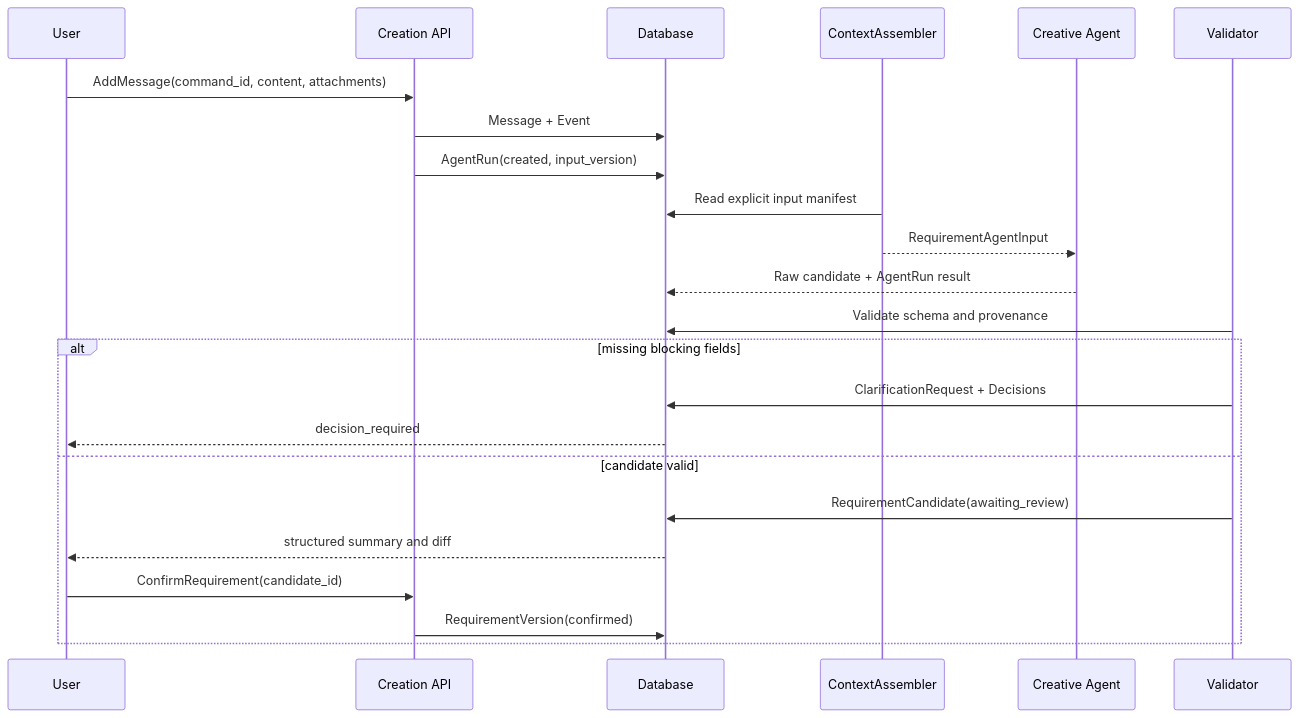
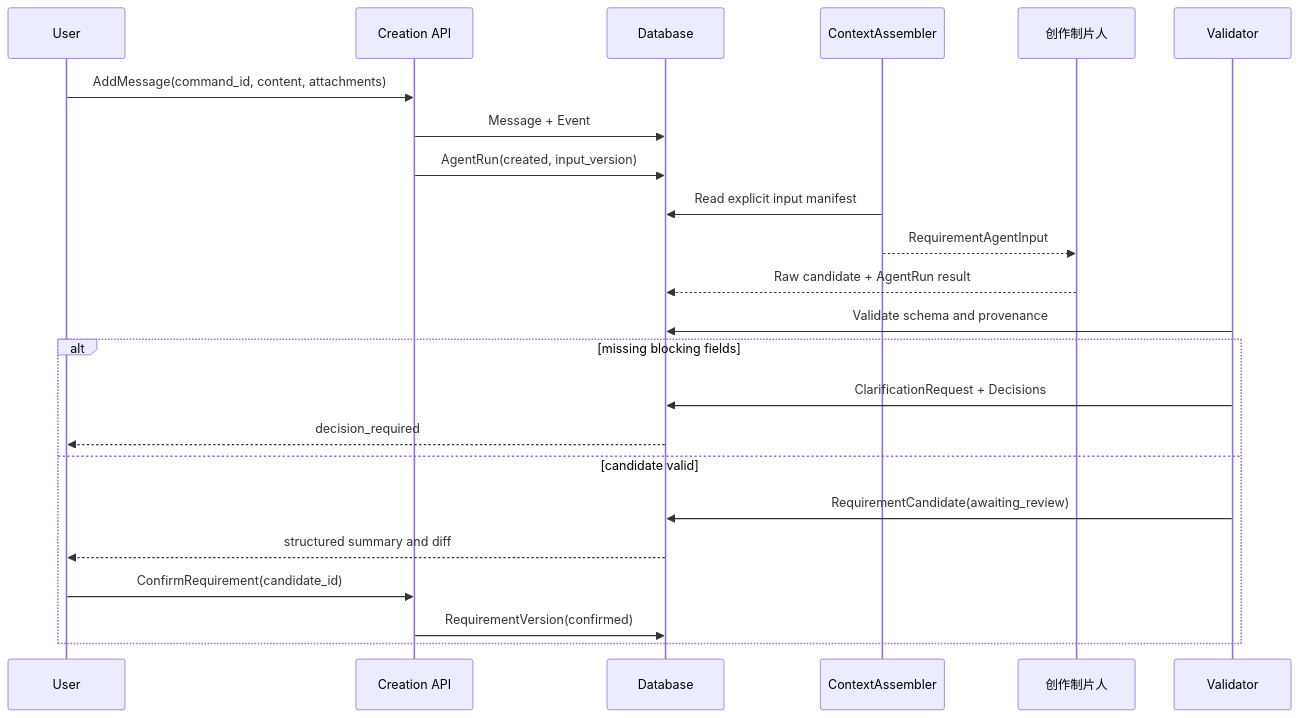
Before and after one commit to 2587122824/agency-agents-zh: the second of 3 diagrams in docs/V2_CREATION_CENTER_DESIGN.md, drawn with Mermaid. The commit also changed other lines of this file and 5 other files, not shown here.

````diff
--- a/docs/V2_CREATION_CENTER_DESIGN.md
+++ b/docs/V2_CREATION_CENTER_DESIGN.md
@@ -90,26 +90,26 @@
 ```mermaid
 sequenceDiagram
     participant U as User
     participant API as Creation API
     participant DB as Database
     participant C as ContextAssembler
-    participant A as Creative Agent
+    participant A as 创作制片人
     participant V as Validator
 
     U->>API: AddMessage(command_id, content, attachments)
     API->>DB: Message + Event
     API->>DB: AgentRun(created, input_version)
     C->>DB: Read explicit input manifest
     C-->>A: RequirementAgentInput
     A-->>DB: Raw candidate + AgentRun result
     V->>DB: Validate schema and provenance
     alt missing blocking fields
         V->>DB: ClarificationRequest + Decisions
         DB-->>U: decision_required
     else candidate valid
         V->>DB: RequirementCandidate(awaiting_review)
         DB-->>U: structured summary and diff
         U->>API: ConfirmRequirement(candidate_id)
         API->>DB: RequirementVersion(confirmed)
     end
 ```
````
